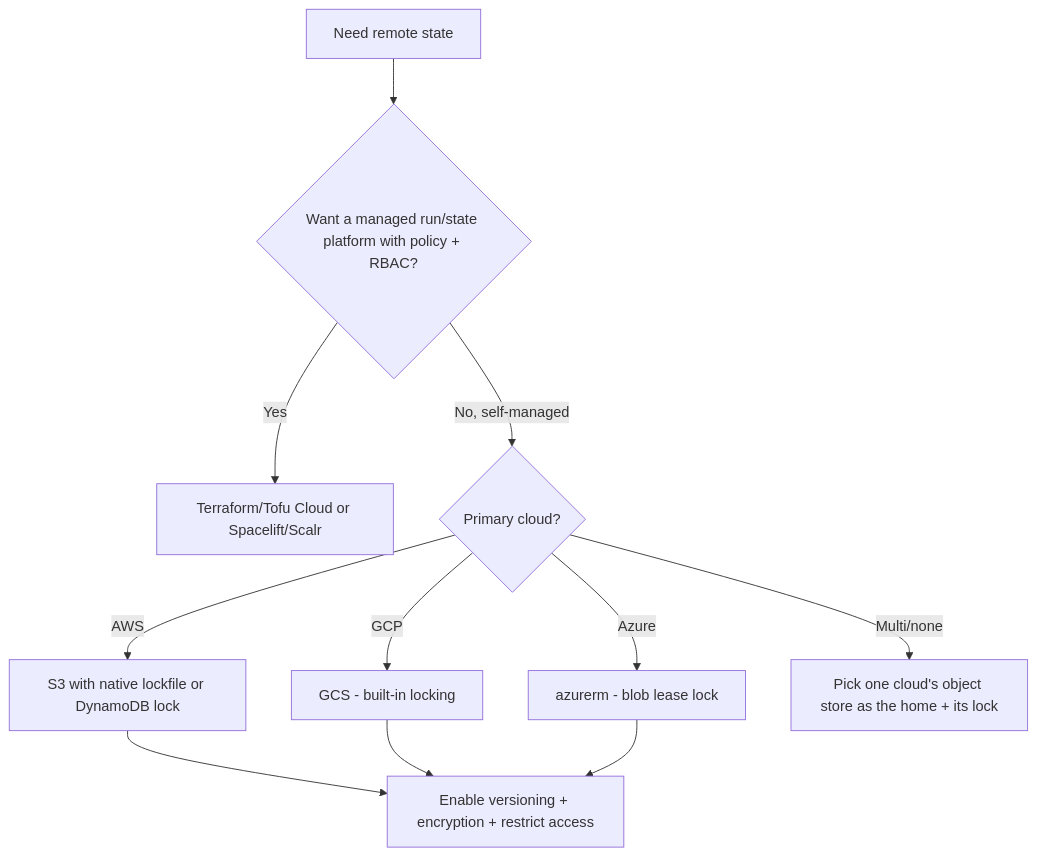
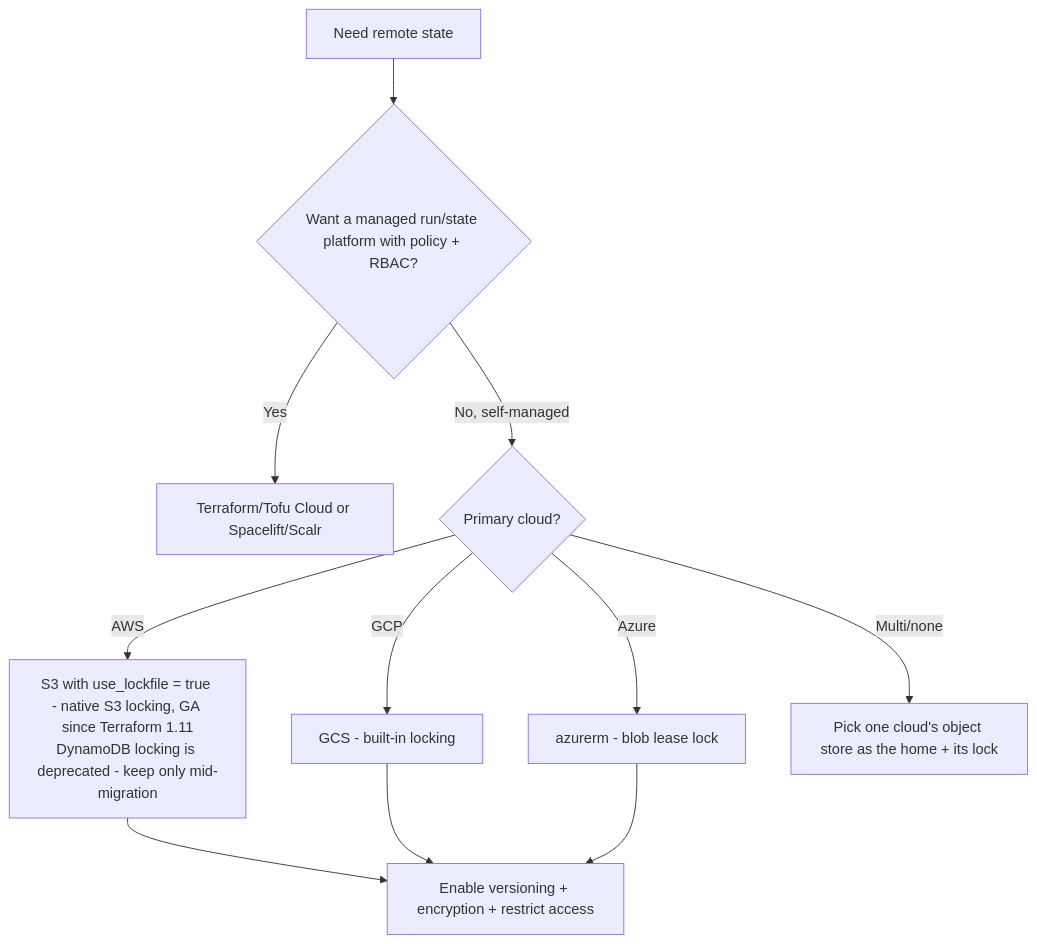
The third of 8 diagrams in plugins/terraform-iac/knowledge/terraform-iac-decision-trees.md (mcorbett51090/RavenClaude), drawn with Mermaid before and after one commit. The commit also changed other lines of this file and 26 other files, not shown here.

````diff
--- a/plugins/terraform-iac/knowledge/terraform-iac-decision-trees.md
+++ b/plugins/terraform-iac/knowledge/terraform-iac-decision-trees.md
@@ -46,13 +46,13 @@
 ```mermaid
 graph TD
   A[Need remote state] --> B{Want a managed run/state platform with policy + RBAC?}
   B -- Yes --> C[Terraform/Tofu Cloud or Spacelift/Scalr]
   B -- No, self-managed --> D{Primary cloud?}
-  D -- AWS --> E[S3 with native lockfile or DynamoDB lock]
+  D -- AWS --> E[S3 with use_lockfile = true - native S3 locking, GA since Terraform 1.11<br/>DynamoDB locking is deprecated - keep only mid-migration]
   D -- GCP --> F[GCS - built-in locking]
   D -- Azure --> G[azurerm - blob lease lock]
   D -- Multi/none --> H[Pick one cloud's object store as the home + its lock]
   E --> I[Enable versioning + encryption + restrict access]
   F --> I
   G --> I
 ```
````
